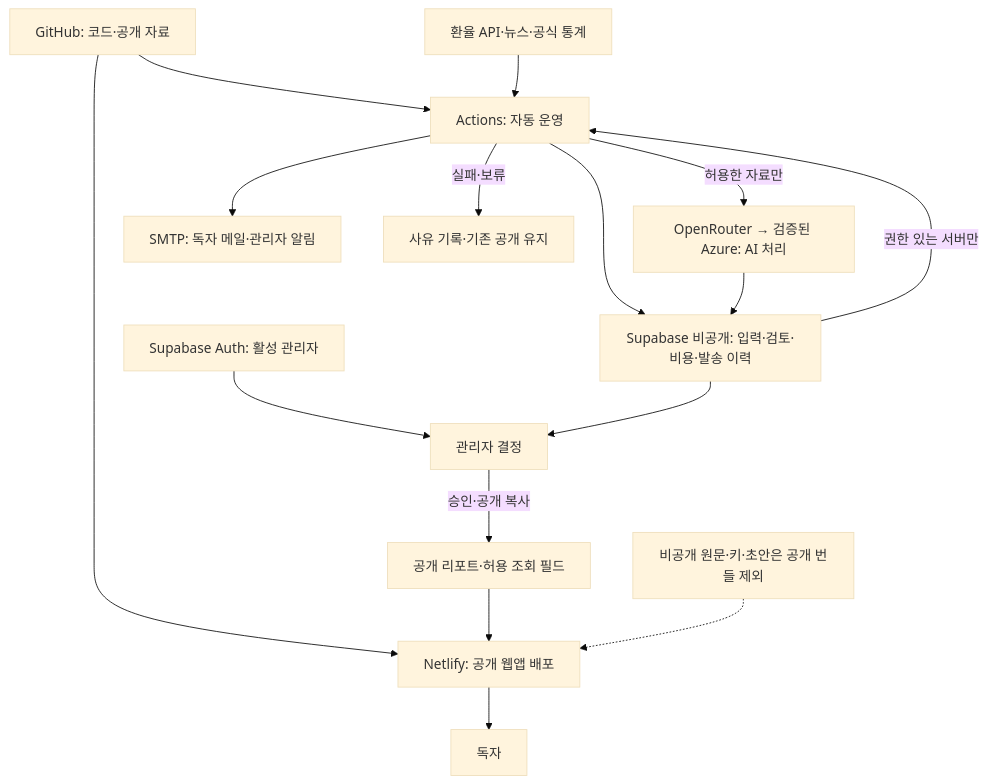
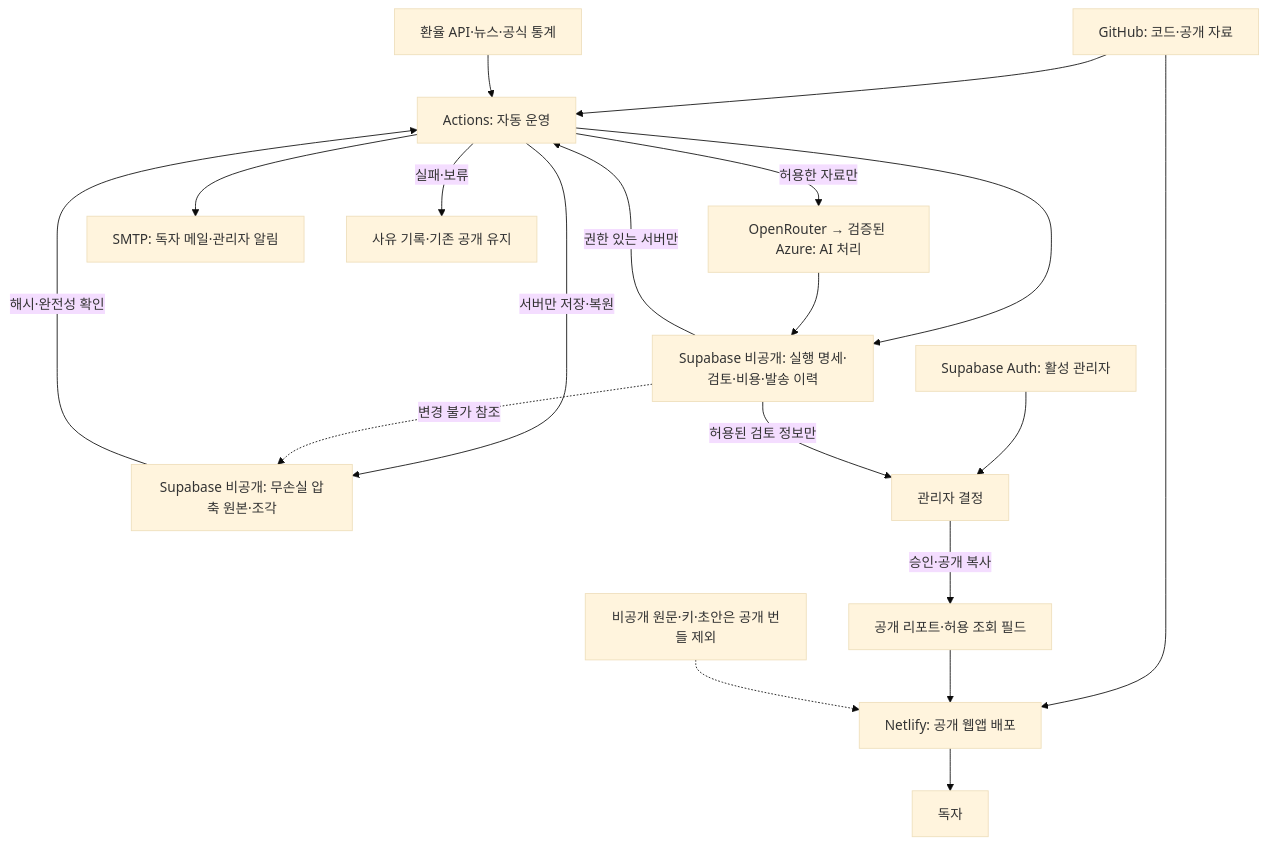
One commit to erleri/congenial-octo-garbanzo changed the diagram in docs/guide/diagrams/02-services.mmd. Above: the diagram before and after it, drawn with Mermaid (base theme). The commit also changed 64 other files, not shown here.

```diff
--- a/docs/guide/diagrams/02-services.mmd
+++ b/docs/guide/diagrams/02-services.mmd
@@ -1,20 +1,23 @@
 flowchart TD
   GIT[GitHub: 코드·공개 자료] --> NET[Netlify: 공개 웹앱 배포]
   GIT --> JOB[Actions: 자동 운영]
   API[환율 API·뉴스·공식 통계] --> JOB
-  JOB --> PRIVATE[Supabase 비공개: 입력·검토·비용·발송 이력]
+  JOB --> PRIVATE[Supabase 비공개: 실행 명세·검토·비용·발송 이력]
+  JOB -->|서버만 저장·복원| OBJECTS[Supabase 비공개: 무손실 압축 원본·조각]
+  OBJECTS -->|해시·완전성 확인| JOB
+  PRIVATE -.->|변경 불가 참조| OBJECTS
   JOB -->|허용한 자료만| MODEL[OpenRouter → 검증된 Azure: AI 처리]
   MODEL --> PRIVATE
   AUTH[Supabase Auth: 활성 관리자] --> DECIDE[관리자 결정]
-  PRIVATE --> DECIDE
+  PRIVATE -->|허용된 검토 정보만| DECIDE
   DECIDE -->|승인·공개 복사| PUB[공개 리포트·허용 조회 필드]
   PUB --> NET
   JOB --> SMTP[SMTP: 독자 메일·관리자 알림]
   PRIVATE -->|권한 있는 서버만| JOB
   JOB -->|실패·보류| HOLD[사유 기록·기존 공개 유지]
   NET --> READER[독자]
   NOTE[비공개 원문·키·초안은 공개 번들 제외] -.-> NET
   classDef normal fill:#edf4f8,stroke:#25465d,color:#162f43;
   classDef decision fill:#fff4d6,stroke:#8a6416,color:#42330e;
   classDef human fill:#e5f3ee,stroke:#19745f,color:#104b3e;
   classDef hold fill:#fceceb,stroke:#a64e45,color:#71302a;
```
